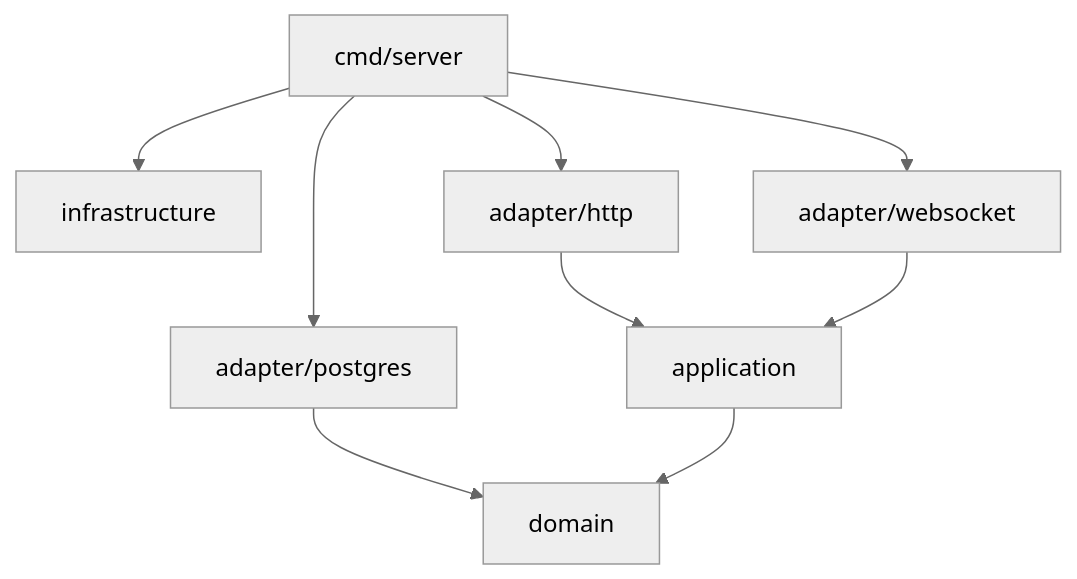
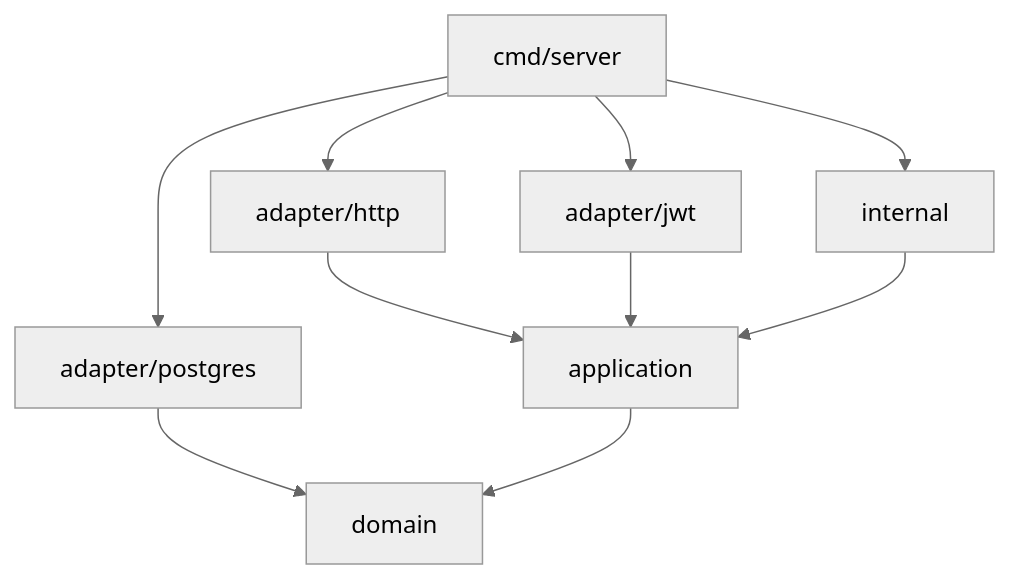
The diagram in assets/mkdocs/architecture/backend.md (stefanposs/file-flux), drawn with Mermaid (neutral theme) before and after one commit. The commit also changed other lines of this file and 15 other files, not shown here.

````diff
--- a/assets/mkdocs/architecture/backend.md
+++ b/assets/mkdocs/architecture/backend.md
@@ -41,11 +42,12 @@
 ```mermaid
 graph TD
-    A[cmd/server] --> B[infrastructure]
+    A[cmd/server] --> B[internal]
     A --> C[adapter/http]
-    A --> D[adapter/websocket]
-    A --> E[adapter/postgres]
+    A --> D[adapter/postgres]
+    A --> E[adapter/jwt]
     C --> F[application]
-    D --> F
-    E --> G[domain]
+    D --> G[domain]
+    E --> F
     F --> G
+    B --> F
 ```
````
